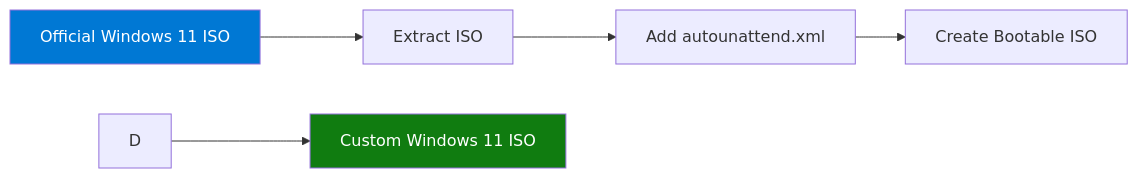
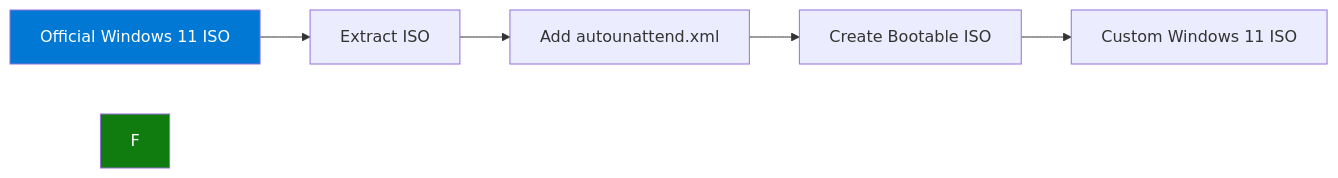
The diagram in README.md (RaulCapelaru/RaulWin11IsoCustomizer), drawn with Mermaid before and after one commit.

````diff
--- a/README.md
+++ b/README.md
@@ -188,10 +188,10 @@
 ```mermaid
 graph LR
     A[Official Windows 11 ISO] --> B[Extract ISO]
     B --> C[Add autounattend.xml]
-    C --> E[Create Bootable ISO]
-    D --> F[Custom Windows 11 ISO]
+    C --> D[Create Bootable ISO]
+    D --> E[Custom Windows 11 ISO]
     
     style A fill:#0078D4,color:#fff
     style F fill:#107C10,color:#fff
 ```
````
